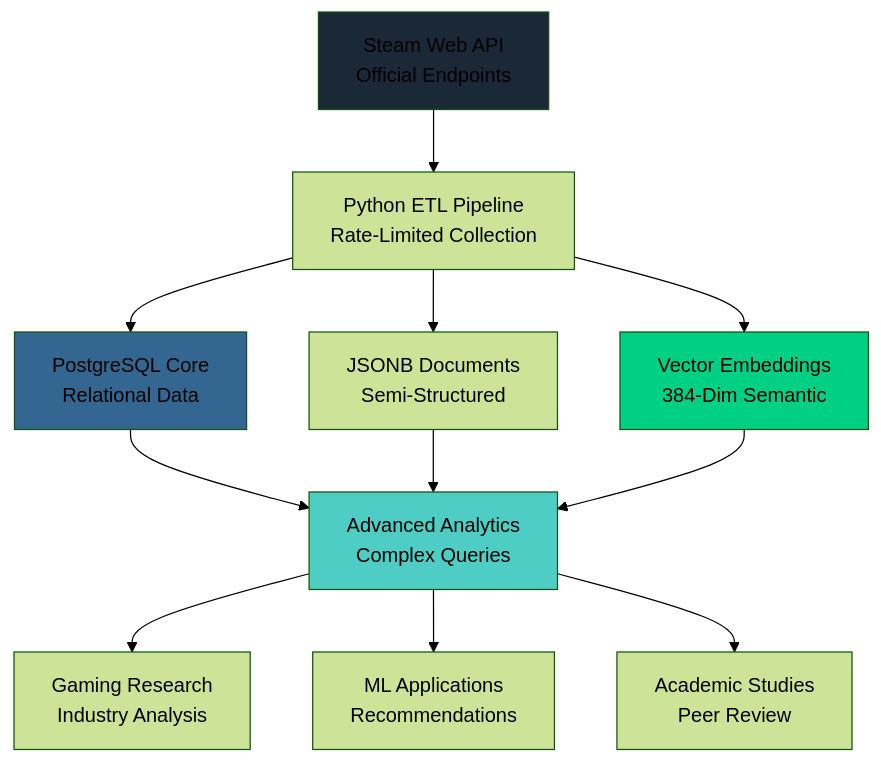
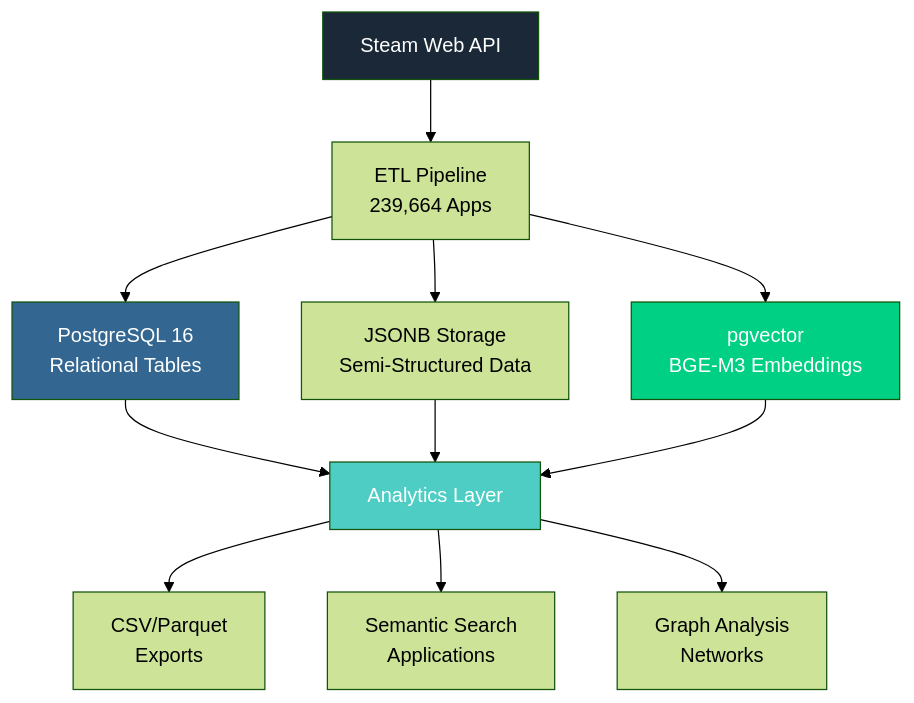
The diagram in README.md (vintagedon/steam-dataset-2025), drawn with Mermaid (forest theme) before and after one commit. The commit also changed other lines of this file and 31 other files, not shown here.

````diff
--- a/README.md
+++ b/README.md
@@ -120,20 +99,20 @@
 ```mermaid
 graph TD
-    A[Steam Web API<br/>Official Endpoints] --> B[Python ETL Pipeline<br/>Rate-Limited Collection]
-    B --> C[PostgreSQL Core<br/>Relational Data]
-    B --> D[JSONB Documents<br/>Semi-Structured]
-    B --> E[Vector Embeddings<br/>384-Dim Semantic]
+    A[Steam Web API] --> B[ETL Pipeline<br/>239,664 Apps]
+    B --> C[PostgreSQL 16<br/>Relational Tables]
+    B --> D[JSONB Storage<br/>Semi-Structured Data]
+    B --> E[pgvector<br/>BGE-M3 Embeddings]
     
-    C --> F[Advanced Analytics<br/>Complex Queries]
+    C --> F[Analytics Layer]
     D --> F
     E --> F
     
-    F --> G[Gaming Research<br/>Industry Analysis]
-    F --> H[ML Applications<br/>Recommendations]
-    F --> I[Academic Studies<br/>Peer Review]
+    F --> G[CSV/Parquet<br/>Exports]
+    F --> H[Semantic Search<br/>Applications]
+    F --> I[Graph Analysis<br/>Networks]
     
-    style A fill:#1b2838
-    style C fill:#336791
-    style E fill:#00d084
-    style F fill:#4ecdc4
+    style A fill:#1b2838,color:#fff
+    style C fill:#336791,color:#fff
+    style E fill:#00d084,color:#fff
+    style F fill:#4ecdc4,color:#fff
 ```
````
